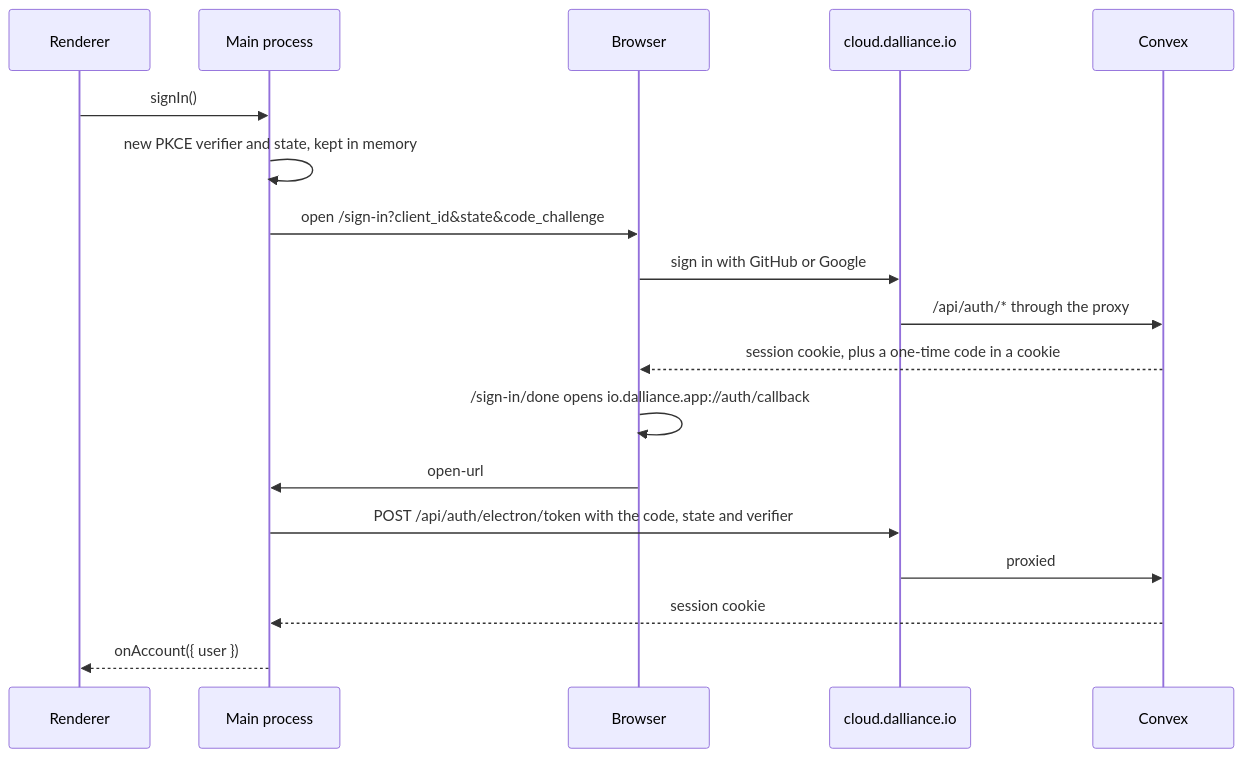
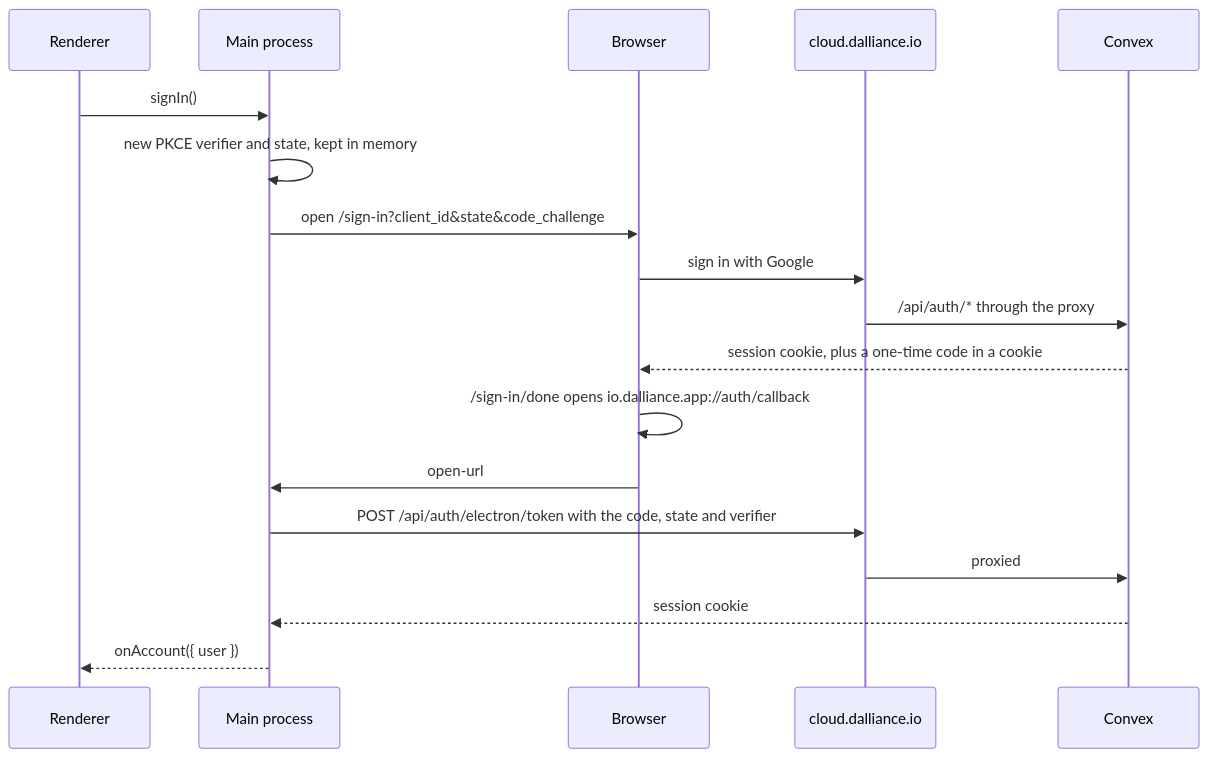
Before and after one commit to amirhesham65/dalliance: the diagram in docs/accounts.md, drawn with Mermaid. The commit also changed other lines of this file and 13 other files, not shown here.

First line of the commit message:
Sign in with Google only

````diff
--- a/docs/accounts.md
+++ b/docs/accounts.md
@@ -17,21 +17,21 @@
 ```mermaid
 sequenceDiagram
   participant R as Renderer
   participant M as Main process
   participant B as Browser
   participant W as cloud.dalliance.io
   participant C as Convex
 
   R->>M: signIn()
   M->>M: new PKCE verifier and state, kept in memory
   M->>B: open /sign-in?client_id&state&code_challenge
-  B->>W: sign in with GitHub or Google
+  B->>W: sign in with Google
   W->>C: /api/auth/* through the proxy
   C-->>B: session cookie, plus a one-time code in a cookie
   B->>B: /sign-in/done opens io.dalliance.app://auth/callback#token=code
   B->>M: open-url
   M->>W: POST /api/auth/electron/token with the code, state and verifier
   W->>C: proxied
   C-->>M: session cookie
   M-->>R: onAccount({ user })
 ```
````
